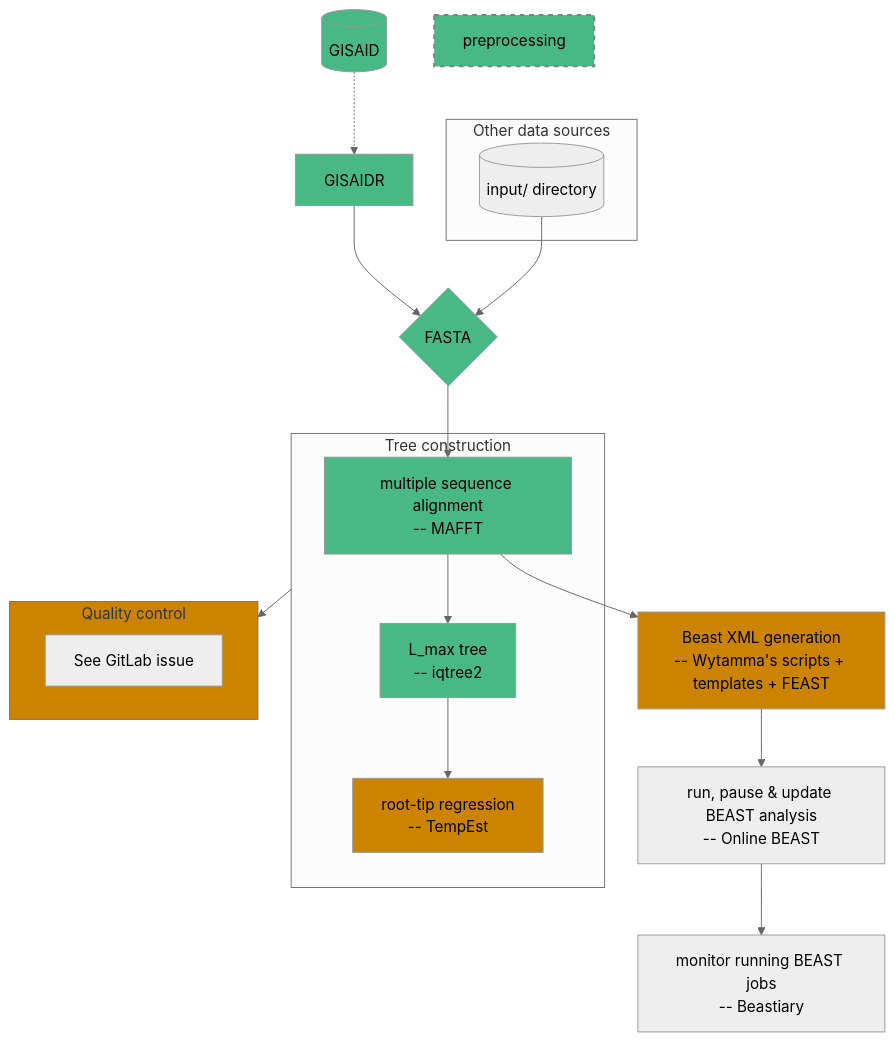
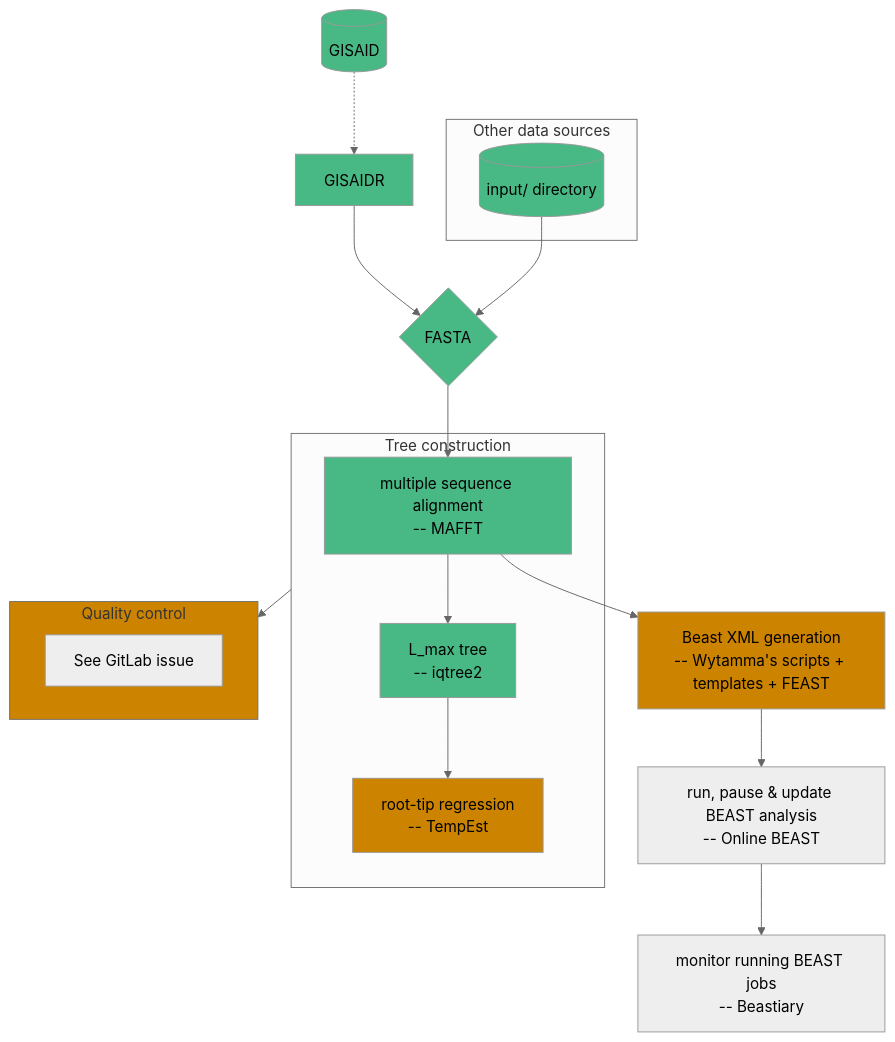
Before and after one commit to mccoy-devs/mccoy: the diagram in README.md, drawn with Mermaid.

Commit message:
Fix mermaid diagram

````diff
--- a/README.md
+++ b/README.md
@@ -9,36 +9,35 @@
 ```mermaid
 %%{init: { 'theme':'neutral' } }%%
 flowchart TB
     gisaid[(GISAID)] -.-> GISAIDR --> FASTA{FASTA}
     click GISAIDR href "https://github.com/Wytamma/GISAIDR"
 
     subgraph "Other data sources"
-        style preprocessing stroke-width: 2, stroke: grey,stroke-dasharray: 5 5, fill: #48b884
         otherSources[(input/ directory)]
     end 
     otherSources --> FASTA --> MSA
 
     subgraph treeConstruction["Tree construction"]
         MSA[multiple sequence alignment<br/>-- MAFFT] --> tree[L_max tree<br/>-- iqtree2] --> RTR[root-tip regression<br/>-- TempEst]
         click MSA href "https://github.com/GSLBiotech/mafft"
         click tree href "https://github.com/iqtree/iqtree2"
         click RTR href "https://gitlab.unimelb.edu.au/mdap-public/duchene-mdap-2022/-/issues/2"
     end
 
     subgraph QC["Quality control"]
         dummy[See GitLab issue]
         click dummy href "https://gitlab.unimelb.edu.au/mdap-public/duchene-mdap-2022/-/issues/3"
     end
     treeConstruction --> QC
 
     MSA --> XML[Beast XML generation<br/>-- Wytamma's scripts + templates + FEAST] --> OnlineBEAST[run, pause & update BEAST analysis<br/>-- Online BEAST] --> Beastiary[monitor running BEAST jobs<br/>-- Beastiary]
     click XML href "https://github.com/Wytamma/real-time-beast-pipeline"
     click OnlineBEAST href "https://github.com/Wytamma/online-beast"
     click Beastiary href "https://github.com/Wytamma/beastiary"
 
     classDef complete fill:#48b884;
-    class gisaid,GISAIDR,FASTA,MSA,tree complete;
+    class gisaid,GISAIDR,otherSources,FASTA,MSA,tree complete;
 
     classDef inProg fill:#cc8400;
     class RTR,QC,XML inProg;
 ```
````
